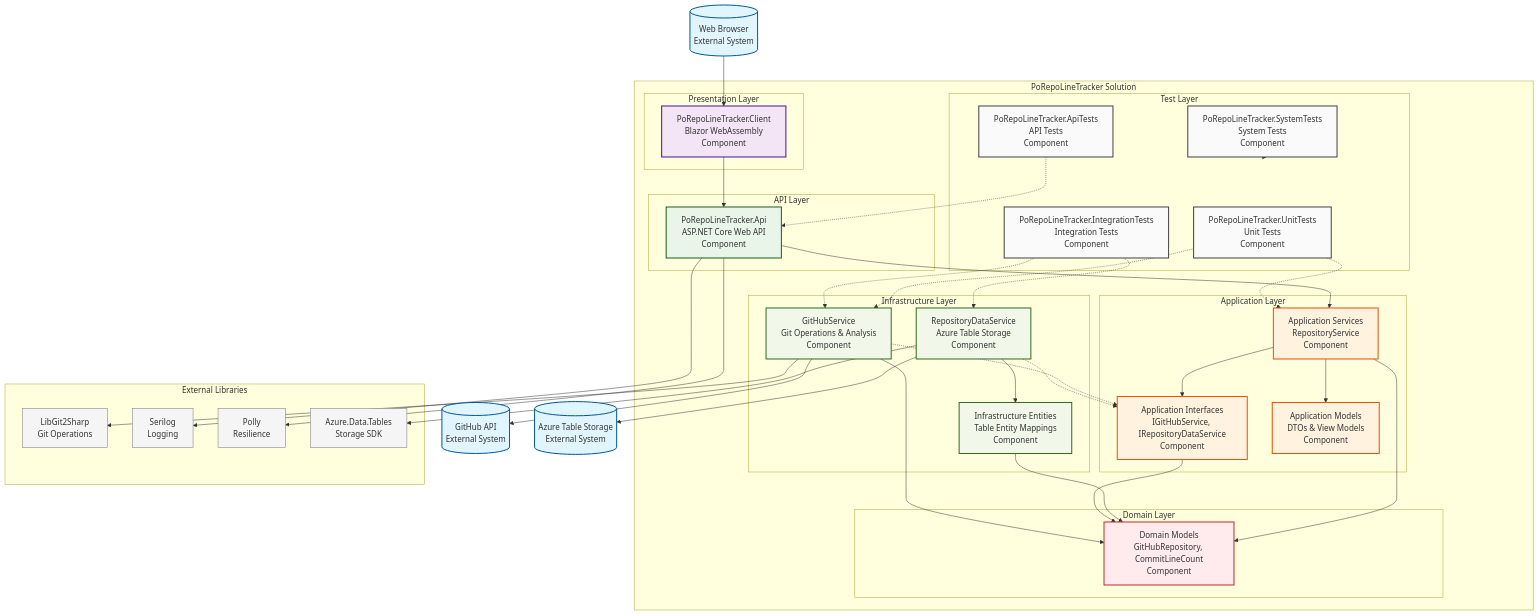
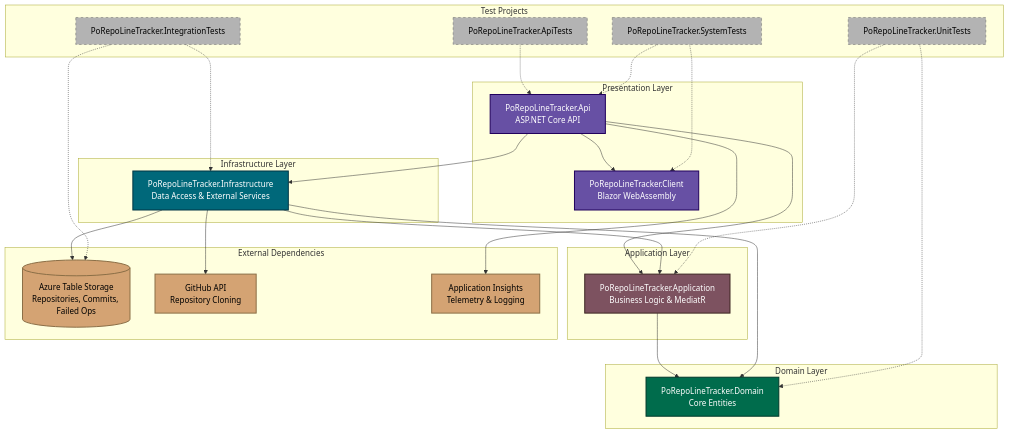
Before and after one commit to punkouter26/PoRepoLineTracker: the diagram in Diagrams/project-dependencies.mmd, drawn with Mermaid. The commit also changed 9 other files, not shown here.

Commit message:
Add remaining diagram and config changes

```diff
--- a/Diagrams/project-dependencies.mmd
+++ b/Diagrams/project-dependencies.mmd
@@ -1,110 +1,67 @@
 graph TB
-    %% External Systems
-    GitHub[("GitHub API<br/>External System")]
-    AzureStorage[("Azure Table Storage<br/>External System")]
-    Browser[("Web Browser<br/>External System")]
-
-    %% Solution Boundary
-    subgraph Solution ["PoRepoLineTracker Solution"]
-        
-        %% Presentation Layer
-        subgraph ClientLayer ["Presentation Layer"]
-            BlazorClient["PoRepoLineTracker.Client<br/>Blazor WebAssembly<br/>Component"]
-        end
-        
-        %% API Layer
-        subgraph APILayer ["API Layer"]
-            WebAPI["PoRepoLineTracker.Api<br/>ASP.NET Core Web API<br/>Component"]
-        end
-        
-        %% Application Layer
-        subgraph ApplicationLayer ["Application Layer"]
-            AppServices["Application Services<br/>RepositoryService<br/>Component"]
-            AppInterfaces["Application Interfaces<br/>IGitHubService, IRepositoryDataService<br/>Component"]
-            AppModels["Application Models<br/>DTOs & View Models<br/>Component"]
-        end
-        
-        %% Domain Layer
-        subgraph DomainLayer ["Domain Layer"]
-            DomainModels["Domain Models<br/>GitHubRepository, CommitLineCount<br/>Component"]
-        end
-        
-        %% Infrastructure Layer
-        subgraph InfrastructureLayer ["Infrastructure Layer"]
-            GitHubService["GitHubService<br/>Git Operations & Analysis<br/>Component"]
-            DataService["RepositoryDataService<br/>Azure Table Storage<br/>Component"]
-            Entities["Infrastructure Entities<br/>Table Entity Mappings<br/>Component"]
-        end
-        
-        %% Test Projects
-        subgraph TestLayer ["Test Layer"]
-            UnitTests["PoRepoLineTracker.UnitTests<br/>Unit Tests<br/>Component"]
-            IntegrationTests["PoRepoLineTracker.IntegrationTests<br/>Integration Tests<br/>Component"]
-            ApiTests["PoRepoLineTracker.ApiTests<br/>API Tests<br/>Component"]
-            SystemTests["PoRepoLineTracker.SystemTests<br/>System Tests<br/>Component"]
-        end
+    subgraph "Presentation Layer"
+        Client[PoRepoLineTracker.Client<br/>Blazor WebAssembly]
+        Api[PoRepoLineTracker.Api<br/>ASP.NET Core API]
     end
 
+    subgraph "Application Layer"
+        App[PoRepoLineTracker.Application<br/>Business Logic & MediatR]
+    end
+
+    subgraph "Domain Layer"
+        Domain[PoRepoLineTracker.Domain<br/>Core Entities]
+    end
+
+    subgraph "Infrastructure Layer"
+        Infra[PoRepoLineTracker.Infrastructure<br/>Data Access & External Services]
+    end
+
+    subgraph "External Dependencies"
+        AzureTable[(Azure Table Storage<br/>Repositories, Commits, Failed Ops)]
+        GitHub[GitHub API<br/>Repository Cloning]
+        AppInsights[Application Insights<br/>Telemetry & Logging]
+    end
+
+    subgraph "Test Projects"
+        UnitTests[PoRepoLineTracker.UnitTests]
+        IntegrationTests[PoRepoLineTracker.IntegrationTests]
+        ApiTests[PoRepoLineTracker.ApiTests]
+        SystemTests[PoRepoLineTracker.SystemTests]
+    end
+
+    %% Project Dependencies
+    Api --> Client
+    Api --> App
+    Api --> Infra
+    App --> Domain
+    Infra --> Domain
+    Infra --> App
+
     %% External Dependencies
-    Browser --> BlazorClient
-    BlazorClient --> WebAPI
-    WebAPI --> AppServices
-    
-    %% Application Layer Dependencies
-    AppServices --> AppInterfaces
-    AppServices --> DomainModels
-    AppServices --> AppModels
-    
-    %% Infrastructure Implementations
-    GitHubService -.-> AppInterfaces
-    DataService -.-> AppInterfaces
-    
-    %% Infrastructure Dependencies
-    GitHubService --> GitHub
-    DataService --> AzureStorage
-    DataService --> Entities
-    Entities --> DomainModels
-    
-    %% Domain Dependencies
-    AppInterfaces --> DomainModels
-    GitHubService --> DomainModels
-    
+    Api --> AppInsights
+    Infra --> AzureTable
+    Infra --> GitHub
+
     %% Test Dependencies
-    UnitTests -.-> AppServices
-    UnitTests -.-> GitHubService
-    IntegrationTests -.-> DataService
-    IntegrationTests -.-> GitHubService
-    ApiTests -.-> WebAPI
-    SystemTests -.-> Solution
-    
-    %% Infrastructure External Dependencies
-    subgraph ExternalLibraries ["External Libraries"]
-        LibGit2["LibGit2Sharp<br/>Git Operations"]
-        Serilog["Serilog<br/>Logging"]
-        Polly["Polly<br/>Resilience"]
-        AzureTables["Azure.Data.Tables<br/>Storage SDK"]
-    end
-    
-    GitHubService --> LibGit2
-    WebAPI --> Serilog
-    WebAPI --> Polly
-    DataService --> AzureTables
+    UnitTests -.-> App
+    UnitTests -.-> Domain
+    IntegrationTests -.-> Infra
+    IntegrationTests -.-> AzureTable
+    ApiTests -.-> Api
+    SystemTests -.-> Api
+    SystemTests -.-> Client
 
     %% Styling
-    classDef external fill:#e1f5fe,stroke:#01579b,stroke-width:2px
-    classDef presentation fill:#f3e5f5,stroke:#4a148c,stroke-width:2px
-    classDef api fill:#e8f5e8,stroke:#1b5e20,stroke-width:2px
-    classDef application fill:#fff3e0,stroke:#e65100,stroke-width:2px
-    classDef domain fill:#ffebee,stroke:#c62828,stroke-width:2px
-    classDef infrastructure fill:#f1f8e9,stroke:#33691e,stroke-width:2px
-    classDef test fill:#fafafa,stroke:#424242,stroke-width:2px
-    classDef library fill:#f5f5f5,stroke:#757575,stroke-width:1px
+    classDef presentation fill:#6750A4,stroke:#21005D,stroke-width:2px,color:#fff
+    classDef application fill:#7D5260,stroke:#3E2723,stroke-width:2px,color:#fff
+    classDef domain fill:#006C4C,stroke:#00382A,stroke-width:2px,color:#fff
+    classDef infrastructure fill:#00687A,stroke:#003544,stroke-width:2px,color:#fff
+    classDef external fill:#D4A373,stroke:#8B6F47,stroke-width:2px,color:#000
+    classDef tests fill:#B3B3B3,stroke:#666666,stroke-width:1px,color:#000,stroke-dasharray: 5 5
 
-    class GitHub,AzureStorage,Browser external
-    class BlazorClient presentation
-    class WebAPI api
-    class AppServices,AppInterfaces,AppModels application
-    class DomainModels domain
-    class GitHubService,DataService,Entities infrastructure
-    class UnitTests,IntegrationTests,ApiTests,SystemTests test
-    class LibGit2,Serilog,Polly,AzureTables library
+    class Client,Api presentation
+    class App application
+    class Domain domain
+    class Infra infrastructure
+    class AzureTable,GitHub,AppInsights external
+    class UnitTests,IntegrationTests,ApiTests,SystemTests tests
```
